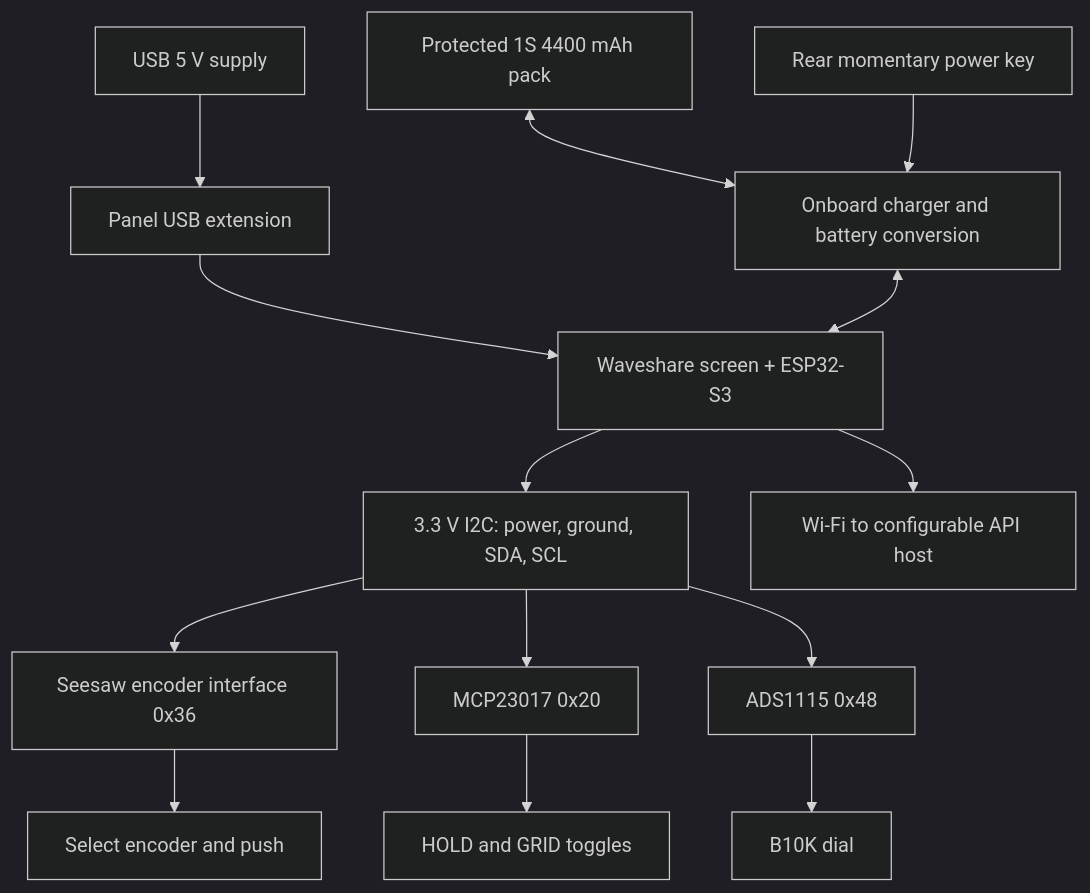
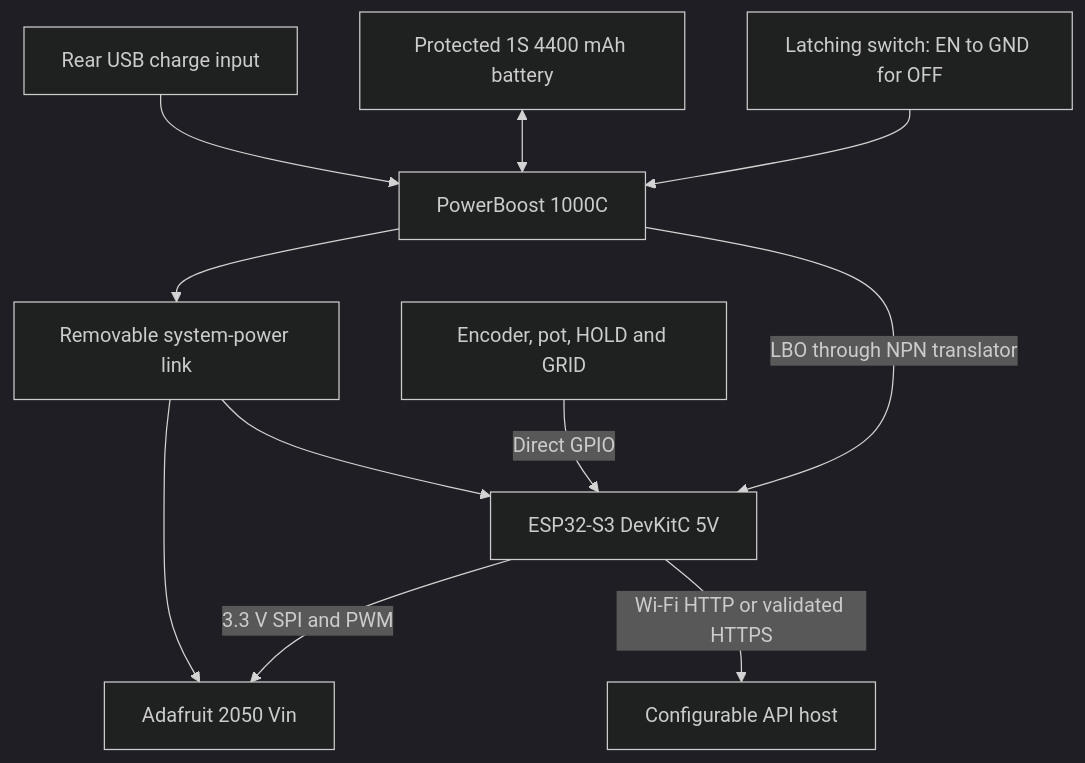
Before and after one commit to LilOz/retro-sat-track: the diagram in hardware/ASSEMBLY.md, drawn with Mermaid (dark theme). The commit also changed other lines of this file and 33 other files, not shown here.

Commit message:
Redesign rechargeable terminal for Adafruit 2050 TFT (#3)

````diff
--- a/hardware/ASSEMBLY.md
+++ b/hardware/ASSEMBLY.md
@@ -29,16 +34,13 @@
 ```mermaid
 flowchart TD
-  USB[USB 5 V supply] --> EXT[Panel USB extension]
-  EXT --> WS[Waveshare screen + ESP32-S3]
-  BAT[Protected 1S 4400 mAh pack] <--> PWR[Onboard charger and battery conversion]
-  PWR <--> WS
-  KEY[Rear momentary power key] --> PWR
-  WS --> BUS[3.3 V I2C: power, ground, SDA, SCL]
-  BUS --> SS[Seesaw encoder interface 0x36]
-  SS --> ENC[Select encoder and push]
-  BUS --> MCP[MCP23017 0x20]
-  MCP --> SW[HOLD and GRID toggles]
-  BUS --> ADC[ADS1115 0x48]
-  ADC --> POT[B10K dial]
-  WS --> WIFI[Wi-Fi to configurable API host]
+  USB[Rear USB charge input] --> PB[PowerBoost 1000C]
+  BAT[Protected 1S 4400 mAh battery] <--> PB
+  OFF[Latching switch: EN to GND for OFF] --> PB
+  PB --> LINK[Removable system-power link]
+  LINK --> ESP[ESP32-S3 DevKitC 5V]
+  LINK --> TFT[Adafruit 2050 Vin]
+  ESP -->|3.3 V SPI and PWM| TFT
+  CONTROLS[Encoder, pot, HOLD and GRID] -->|Direct GPIO| ESP
+  PB -->|LBO through NPN translator| ESP
+  ESP -->|Wi-Fi HTTP or validated HTTPS| API[Configurable API host]
 ```
````
